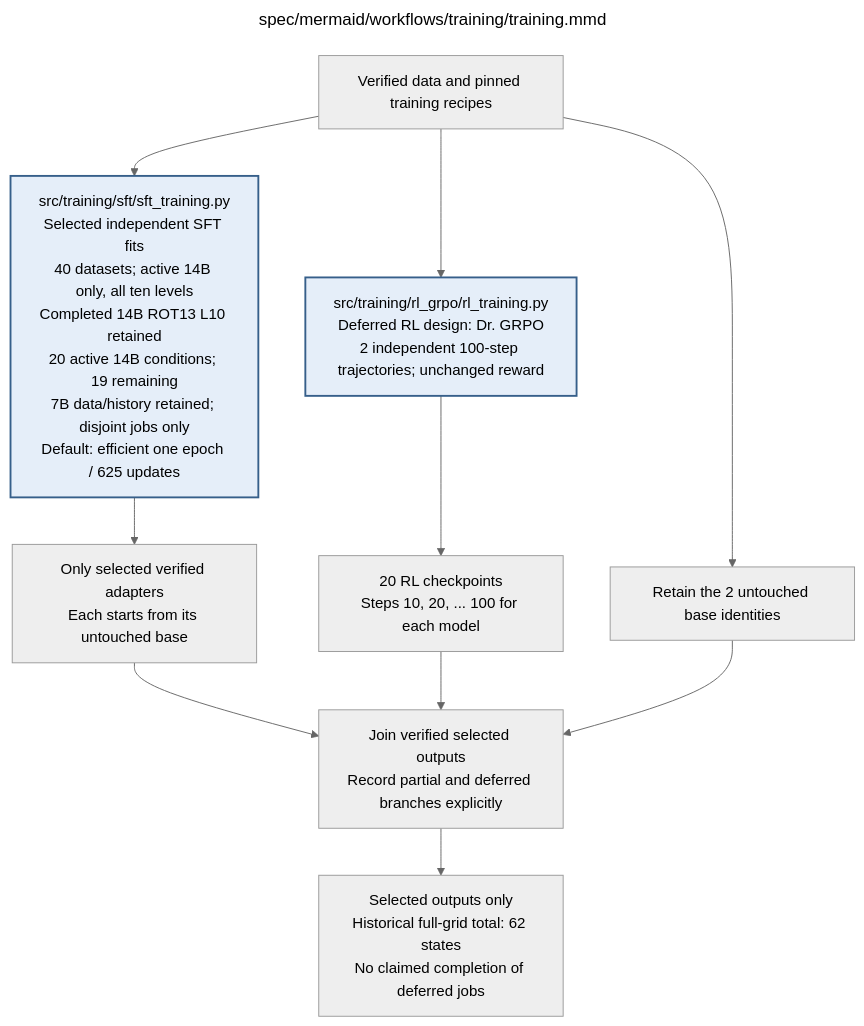
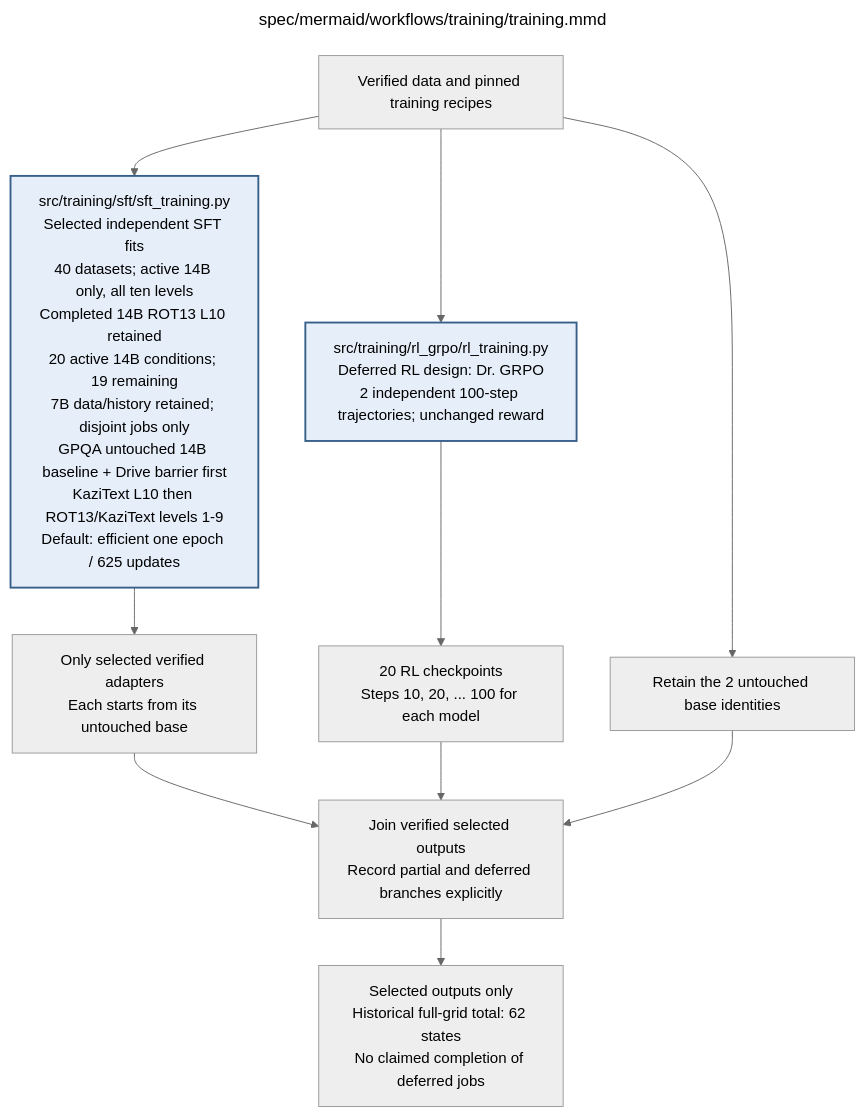
Before and after one commit to AJUNNYC/inducing_persistent_textual_chain_of_thought_illegibility: the diagram in docs/modules/training/training.md, drawn with Mermaid (neutral theme). The commit also changed 27 other files, not shown here.

Commit message:
Document baseline-first 14B campaign and synchronize repository inventory

````diff
--- a/docs/modules/training/training.md
+++ b/docs/modules/training/training.md
@@ -52,44 +52,47 @@
 ```mermaid
 ---
 title: "spec/mermaid/workflows/training/training.mmd"
 ---
 flowchart TD
 %% Training
 %% Active default: efficient_one_epoch_v1, per explicitly selected SFT condition.
 %% Published policy v2: request physical 2 x 8; capacity fallback 1 x 16, same effective 16.
 %% Actual batch/accumulation/recomputation mode stays fixed throughout each fit and exact resume.
-%% Forty datasets available; active14B scope20, completedROT13 L10 retained;19 selectedfits uncompleted.
+%% Committed coordinator requires untouched 14B Diamond 198 baseline+verified Drive barrier before 19 new fits.
+%% Queue KaziText L10 then ROT13/KaziText levels 1-9 ascending; completed ROT13L10 retained.
+%% Authorization $240 recorded; no inferred new price or rate-based cutoff; explicit deadline/safe pause separate.
+%% Forty datasets available; active14B scope20, completed ROT13 L10 retained;19 selectedfits uncompleted.
 %% $240 SFT authorized 13 Oct; no new worker launch recorded. RL/final evaluation remain separate.
 %% Legacy full-grid62state accounting is preserved, not an active launch instruction.
 %% Edit quoted node labels directly; this is native Mermaid.
 %% Execution contract: known faults use bounded recovery; unclassified/persistent faults stop the worker.
 %% Frozen invalid inputs are fatal. Unrecoverable child failures propagate; never release incomplete results.
 %% RL uses the same fixed 800 questions and order for both sizes. Four rollouts form each GRPO group.
 %% Independent SFT family queues run on their own GPUs; RL model trajectories run sequentially.
 %% Exact-condition full checkpoints may resume a run; another level's adapter is never a warm start.
 %% No training-time reasoning ablations. Earlier valid outputs are preserved if a worker stops.
 %% RL uses GRPO with Dr. GRPO loss normalization and the fixed settings in rl_grpo/setup/rl_setup.mmd.
 %% The post-training GPT4o artifact audit does not change the Sonnet two-pass training reward.
 %% Child: SFT => sft/sft_training.mmd
 %% Child: RL => rl_grpo/rl_training.mmd
     INPUT["Verified data and pinned training recipes"]
-    SFT["src/training/sft/sft_training.py<br/>Selected independent SFT fits<br/>40 datasets; active 14B only, all ten levels<br/>Completed 14B ROT13 L10 retained<br/>20 active 14B conditions; 19 remaining<br/>7B data/history retained; disjoint jobs only<br/>Default: efficient one epoch / 625 updates"]
+    SFT["src/training/sft/sft_training.py<br/>Selected independent SFT fits<br/>40 datasets; active 14B only, all ten levels<br/>Completed 14B ROT13 L10 retained<br/>20 active 14B conditions; 19 remaining<br/>7B data/history retained; disjoint jobs only<br/>GPQA untouched 14B baseline + Drive barrier first<br/>KaziText L10 then ROT13/KaziText levels 1-9<br/>Default: efficient one epoch / 625 updates"]
     SFTOUT["Only selected verified adapters<br/>Each starts from its untouched base"]
     RL["src/training/rl_grpo/rl_training.py<br/>Deferred RL design: Dr. GRPO<br/>2 independent 100-step trajectories; unchanged reward"]
     RLOUT["20 RL checkpoints<br/>Steps 10, 20, ... 100 for each model"]
     BASE["Retain the 2 untouched base identities"]
     WAIT["Join verified selected outputs<br/>Record partial and deferred branches explicitly"]
     OUT["Selected outputs only<br/>Historical full-grid total: 62 states<br/>No claimed completion of deferred jobs"]
     INPUT --> SFT --> SFTOUT --> WAIT
     INPUT --> RL --> RLOUT --> WAIT
     INPUT --> BASE --> WAIT
     WAIT --> OUT
     classDef detail fill:#e5eef9,stroke:#365f8a,stroke-width:2px
     class SFT,RL detail
 
 %% Repository module: src/training/training.py
 %% Module documentation: docs/modules/training/training.md
 %% Unit test: tests/unit/training/test_training.py
 %% Owner: coordinator
 %% Source sections: 2; C.2–C.3; E.1.1; E.2.2; H.7,H.9
 ```
````
